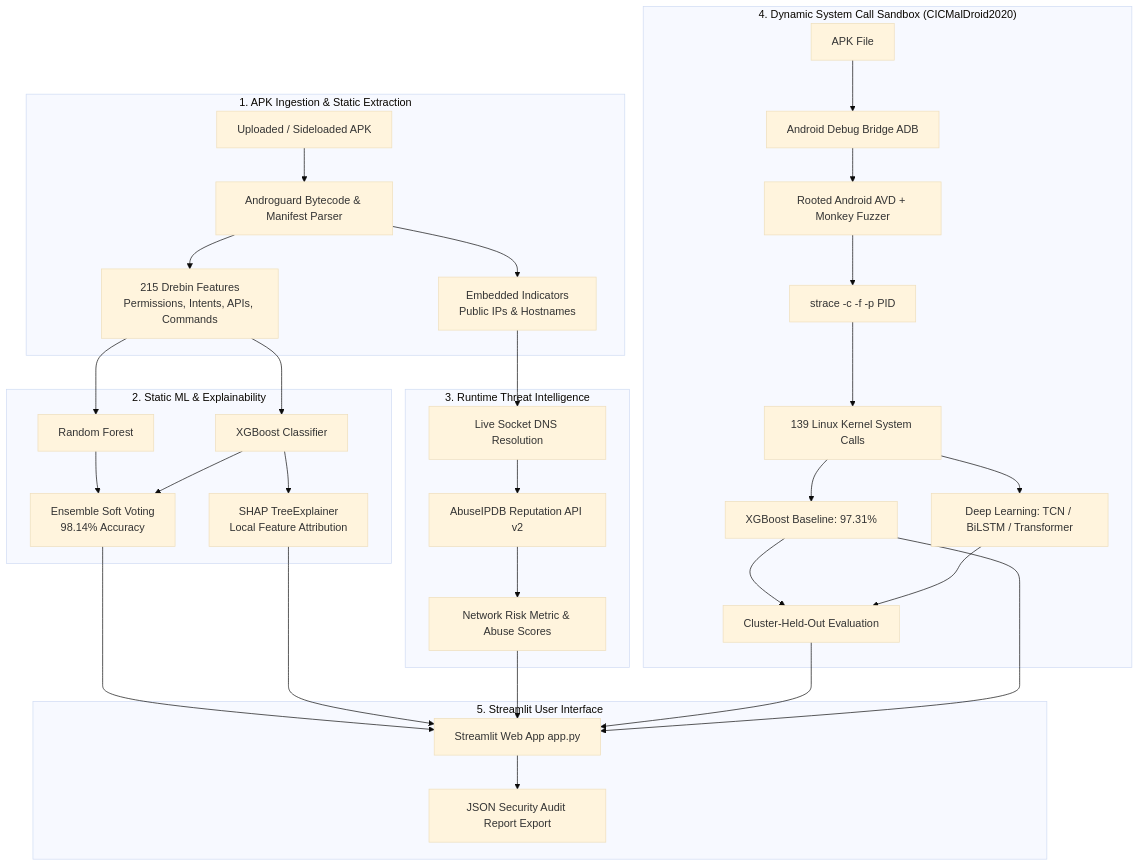
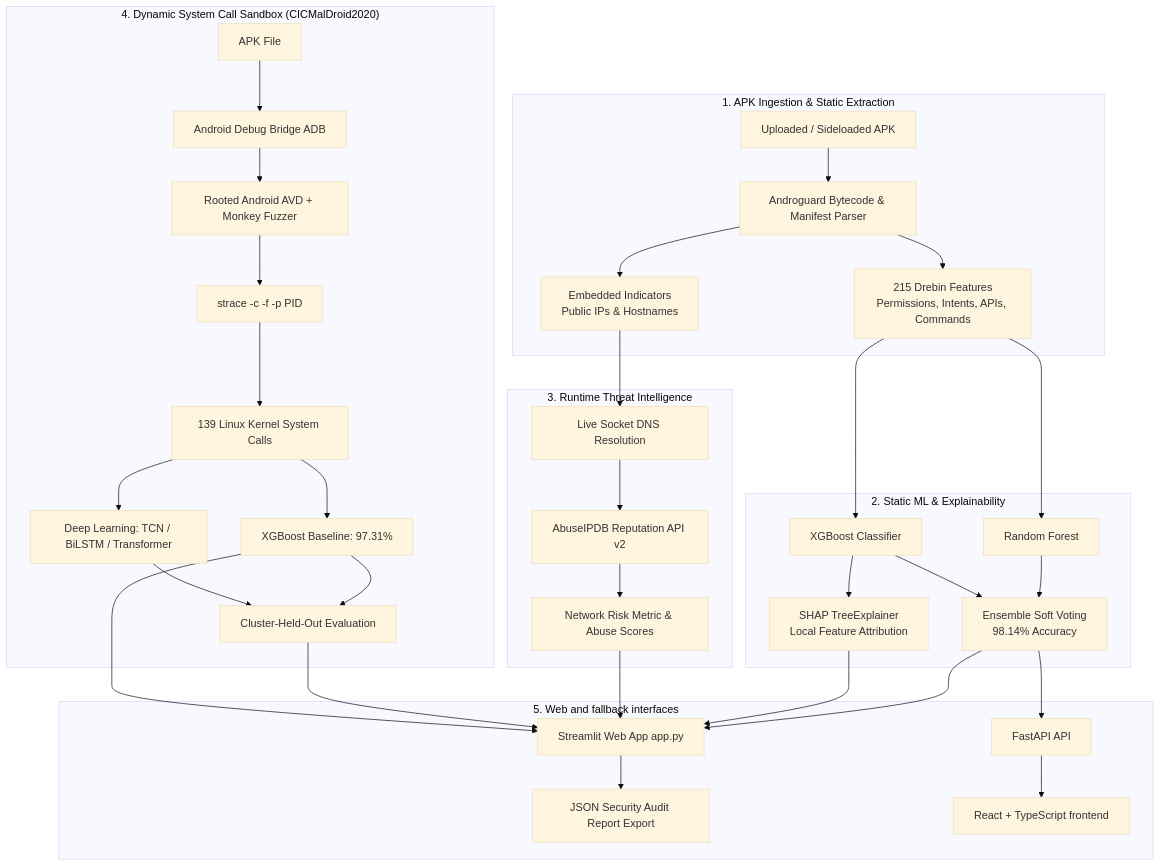
Before and after one commit to Sanjay006-28/cis: the diagram in README.md, drawn with Mermaid (base theme). The commit also changed other lines of this file and 30 other files, not shown here.

Commit message:
feat: integrate React frontend and improve ADB readiness

````diff
--- a/README.md
+++ b/README.md
@@ -63,40 +63,42 @@
 ```mermaid
 flowchart TD
     subgraph Ingestion["1. APK Ingestion & Static Extraction"]
         APK[Uploaded / Sideloaded APK] --> AG[Androguard Bytecode & Manifest Parser]
         AG --> Feat[215 Drebin Features\nPermissions, Intents, APIs, Commands]
         AG --> Net[Embedded Indicators\nPublic IPs & Hostnames]
     end
 
     subgraph StaticEngine["2. Static ML & Explainability"]
         Feat --> RF[Random Forest]
         Feat --> XGB[XGBoost Classifier]
         RF & XGB --> Ensemble[Ensemble Soft Voting\n98.14% Accuracy]
         XGB --> SHAP[SHAP TreeExplainer\nLocal Feature Attribution]
     end
 
     subgraph ThreatIntel["3. Runtime Threat Intelligence"]
         Net --> DNS[Live Socket DNS Resolution]
         DNS --> AbuseAPI[AbuseIPDB Reputation API v2]
         AbuseAPI --> NetRisk[Network Risk Metric & Abuse Scores]
     end
 
     subgraph DynamicEngine["4. Dynamic System Call Sandbox (CICMalDroid2020)"]
         LiveAPK[APK File] --> ADB[Android Debug Bridge ADB]
         ADB --> Emulator[Rooted Android AVD + Monkey Fuzzer]
         Emulator --> Strace[strace -c -f -p PID]
         Strace --> SysCalls[139 Linux Kernel System Calls]
         SysCalls --> DynXGB[XGBoost Baseline: 97.31%]
         SysCalls --> DL[Deep Learning: TCN / BiLSTM / Transformer]
         DynXGB & DL --> ClusterCV[Cluster-Held-Out Evaluation]
     end
 
-    subgraph Dashboard["5. Streamlit User Interface"]
+    subgraph Dashboard["5. Web and fallback interfaces"]
         Ensemble --> UI[Streamlit Web App app.py]
         SHAP --> UI
         NetRisk --> UI
         ClusterCV --> UI
         DynXGB --> UI
         UI --> Export[JSON Security Audit Report Export]
+        Ensemble --> API[FastAPI API]
+        API --> React[React + TypeScript frontend]
     end
 ```
````
